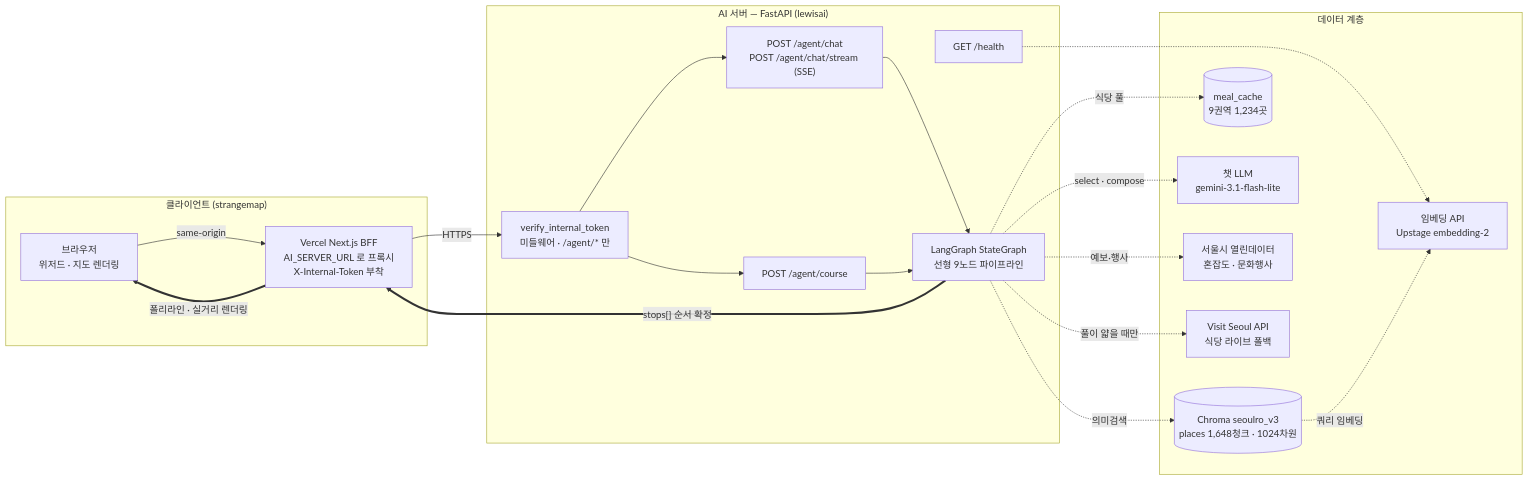
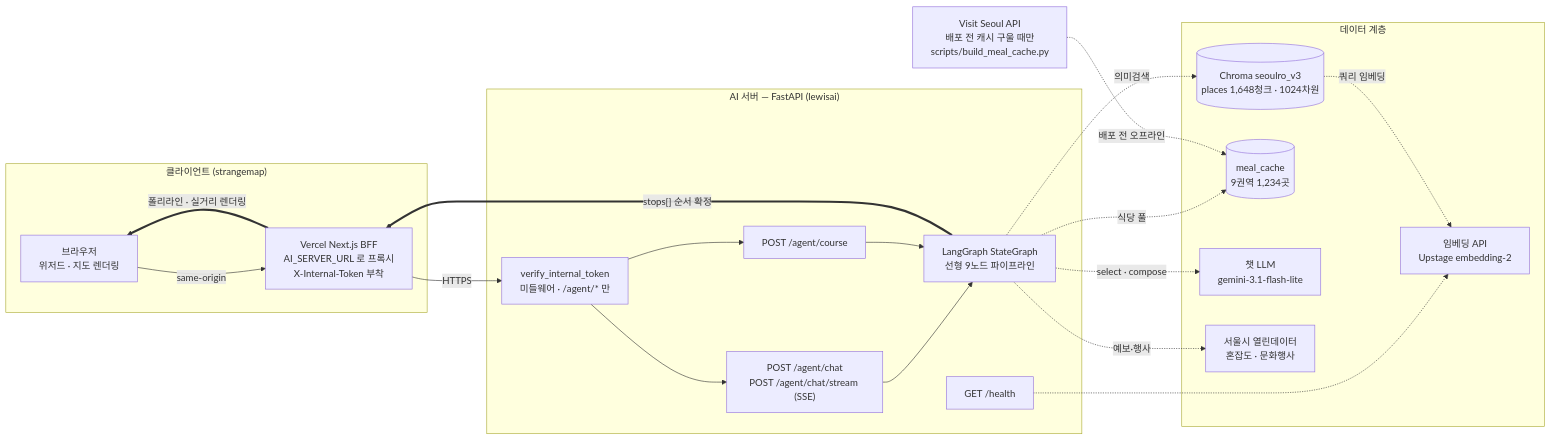
One commit to seoddhh/lewisai changed the first of 3 diagrams in README.md. Above: the diagram before and after it, drawn with Mermaid. The commit also changed other lines of this file and 1 other file, not shown here.

````diff
--- a/README.md
+++ b/README.md
@@ -76,38 +72,39 @@
 ```mermaid
 flowchart LR
     subgraph client["클라이언트 (strangemap)"]
         BR["브라우저<br/>위저드 · 지도 렌더링"]
         BFF["Vercel Next.js BFF<br/>AI_SERVER_URL 로 프록시<br/>X-Internal-Token 부착"]
     end
 
     subgraph server["AI 서버 — FastAPI (lewisai)"]
         MW["verify_internal_token<br/>미들웨어 · /agent/* 만"]
         R1["POST /agent/chat<br/>POST /agent/chat/stream (SSE)"]
         R2["POST /agent/course"]
         R3["GET /health"]
         G["LangGraph StateGraph<br/>선형 9노드 파이프라인"]
     end
 
     subgraph data["데이터 계층"]
         CH[("Chroma seoulro_v3<br/>places 1,648청크 · 1024차원")]
         MC[("meal_cache<br/>9권역 1,234곳")]
         LLM["챗 LLM<br/>gemini-3.1-flash-lite"]
         EMB["임베딩 API<br/>Upstage embedding-2"]
         SEO["서울시 열린데이터<br/>혼잡도 · 문화행사"]
-        VS["Visit Seoul API<br/>식당 라이브 폴백"]
     end
+
+    VS["Visit Seoul API<br/>배포 전 캐시 구울 때만<br/>scripts/build_meal_cache.py"]
 
     BR -->|same-origin| BFF
     BFF -->|HTTPS| MW
     MW --> R1 --> G
     MW --> R2 --> G
     R3 -.-> EMB
     G -. 의미검색 .-> CH
     CH -. 쿼리 임베딩 .-> EMB
     G -. 식당 풀 .-> MC
     G -. 예보·행사 .-> SEO
-    G -. 풀이 얇을 때만 .-> VS
+    VS -. 배포 전 오프라인 .-> MC
     G -. select · compose .-> LLM
     G ==>|"stops[] 순서 확정"| BFF
     BFF ==>|"폴리라인 · 실거리 렌더링"| BR
 ```
````
